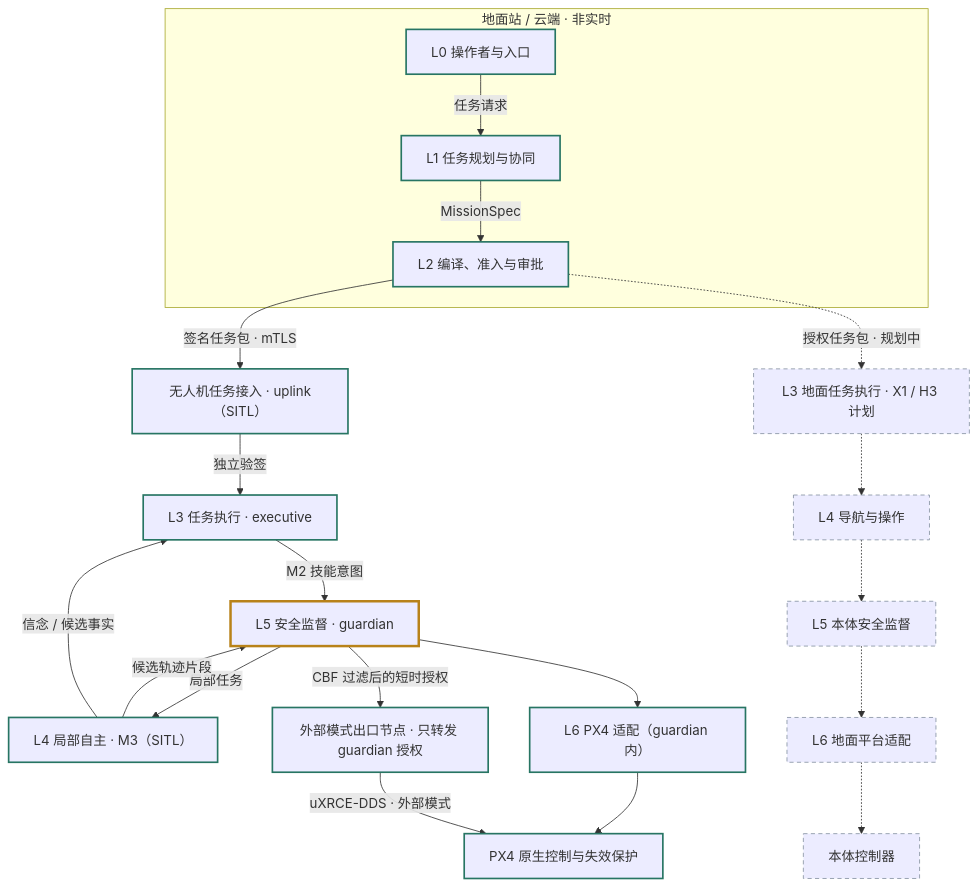
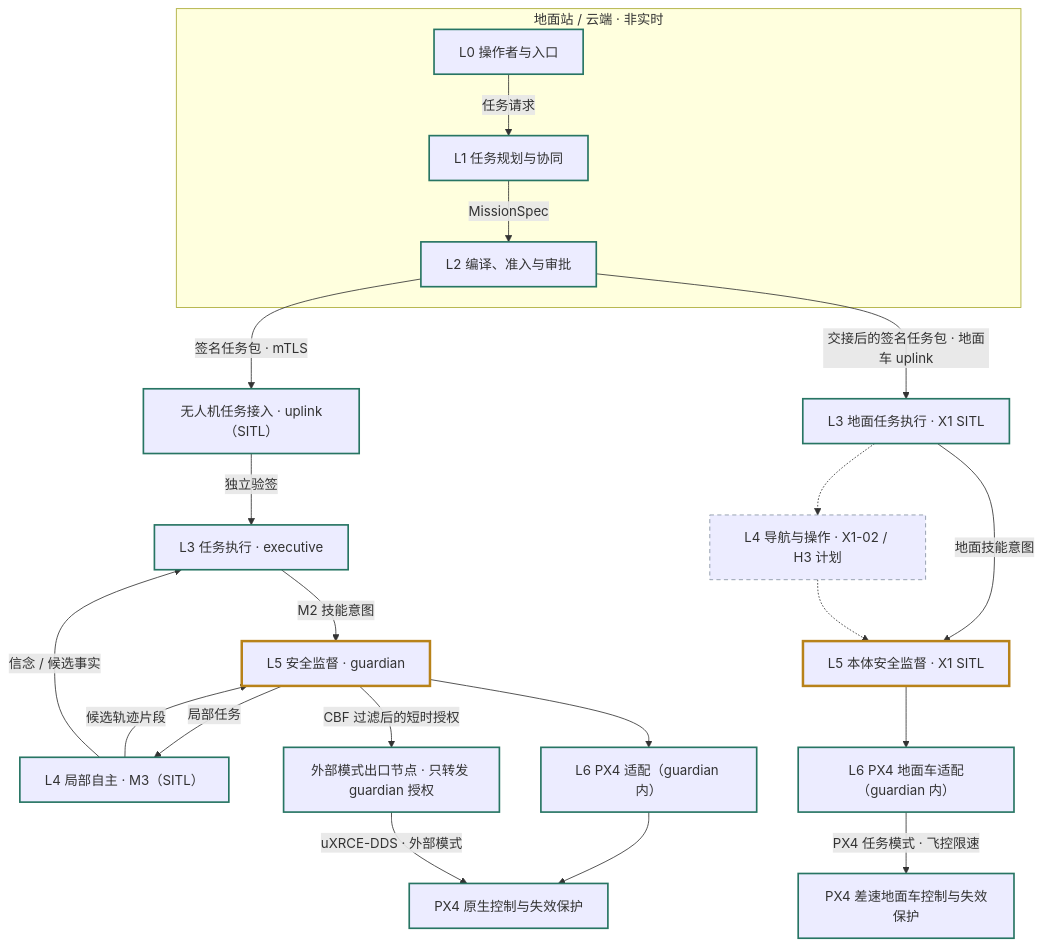
The diagram in docs/architecture/00-overview.md (SuperdeMan/drone-agent), drawn with Mermaid before and after one commit. The commit also changed other lines of this file and 47 other files, not shown here.

````diff
--- a/docs/architecture/00-overview.md
+++ b/docs/architecture/00-overview.md
@@ -45,48 +45,50 @@
 ```mermaid
 flowchart TB
     subgraph offboard["地面站 / 云端 · 非实时"]
         entry["L0 操作者与入口"]
         planner["L1 任务规划与协同"]
         admission["L2 编译、准入与审批"]
         entry -->|"任务请求"| planner
         planner -->|"MissionSpec"| admission
     end
 
     uplink["无人机任务接入 · uplink（SITL）"]
     executive["L3 任务执行 · executive"]
     autonomy["L4 局部自主 · M3（SITL）"]
     egress["外部模式出口节点 · 只转发 guardian 授权"]
     guardian["L5 安全监督 · guardian"]
     adapter["L6 PX4 适配（guardian 内）"]
     flightController["PX4 原生控制与失效保护"]
 
     admission -->|"签名任务包 · mTLS"| uplink
     uplink -->|"独立验签"| executive
     executive -->|"M2 技能意图"| guardian
     guardian -->|"局部任务"| autonomy
     autonomy -->|"候选轨迹片段"| guardian
     autonomy -->|"信念 / 候选事实"| executive
     guardian --> adapter
     adapter --> flightController
     guardian -->|"CBF 过滤后的短时授权"| egress
     egress -->|"uXRCE-DDS · 外部模式"| flightController
 
-    groundExecutive["L3 地面任务执行 · X1 / H3 计划"]
-    groundAutonomy["L4 导航与操作"]
-    groundGuardian["L5 本体安全监督"]
-    groundAdapter["L6 地面平台适配"]
-    groundController["本体控制器"]
+    groundExecutive["L3 地面任务执行 · X1 SITL"]
+    groundAutonomy["L4 导航与操作 · X1-02 / H3 计划"]
+    groundGuardian["L5 本体安全监督 · X1 SITL"]
+    groundAdapter["L6 PX4 地面车适配（guardian 内）"]
+    groundController["PX4 差速地面车控制与失效保护"]
 
-    admission -.->|"授权任务包 · 规划中"| groundExecutive
+    admission -->|"交接后的签名任务包 · 地面车 uplink"| groundExecutive
+    groundExecutive -->|"地面技能意图"| groundGuardian
     groundExecutive -.-> groundAutonomy
     groundAutonomy -.-> groundGuardian
-    groundGuardian -.-> groundAdapter
-    groundAdapter -.-> groundController
+    groundGuardian --> groundAdapter
+    groundAdapter -->|"PX4 任务模式 · 飞控限速"| groundController
 
     classDef implemented stroke:#277563,stroke-width:2px
     classDef planned stroke:#8793a3,stroke-dasharray:5 4
     classDef safety stroke:#b88219,stroke-width:3px
     class entry,planner,admission,uplink,executive,autonomy,egress,adapter,flightController implemented
-    class groundExecutive,groundAutonomy,groundGuardian,groundAdapter,groundController planned
-    class guardian safety
+    class groundExecutive,groundAdapter,groundController implemented
+    class groundAutonomy planned
+    class guardian,groundGuardian safety
 ```
````
